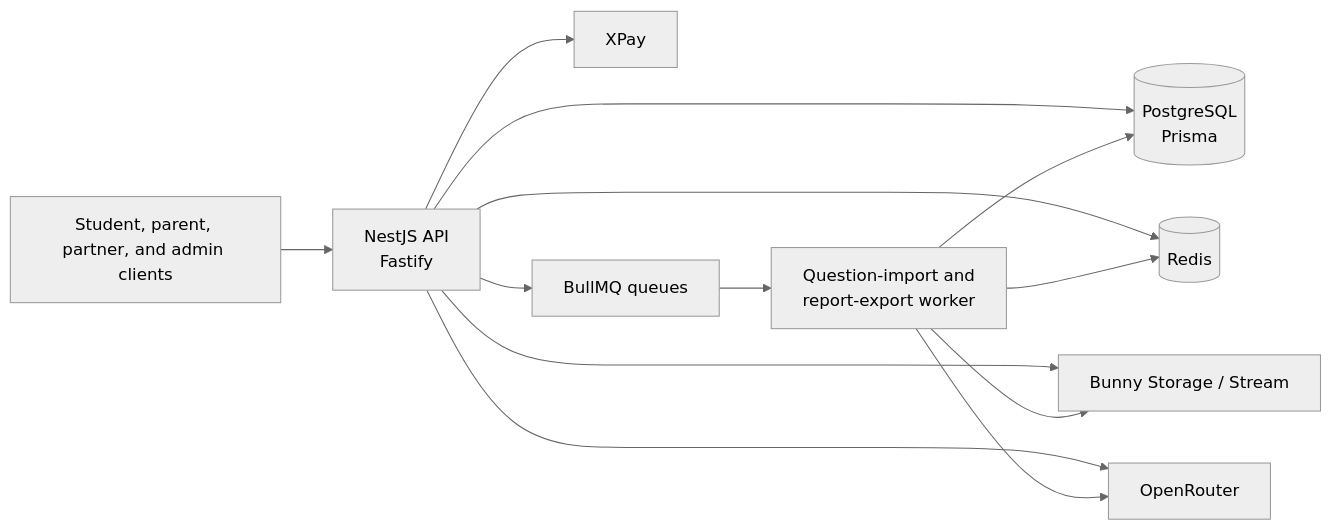
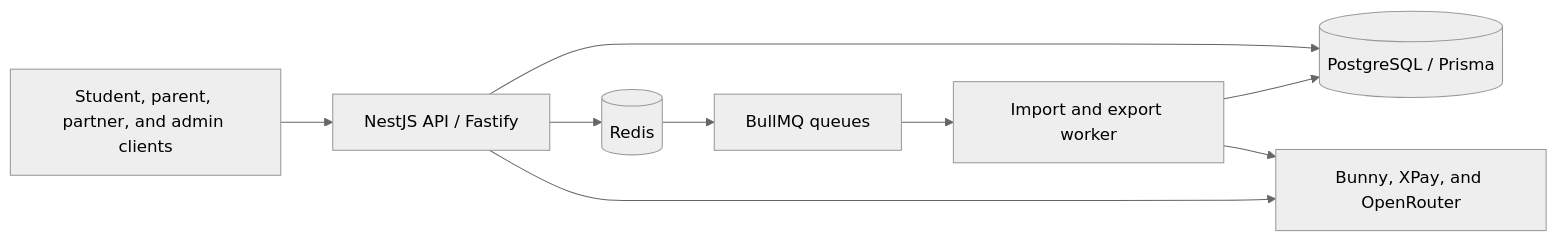
Before and after one commit to Mahmoud-s-Khedr/Shaheen-edu: the diagram in README.md, drawn with Mermaid (neutral theme). The commit also changed other lines of this file, not shown here.

Commit message:
refactor: update README to enhance clarity and reflect current API capabilities

````diff
--- a/README.md
+++ b/README.md
@@ -33,15 +34,11 @@
 ```mermaid
 flowchart LR
-  clients[Student, parent, partner, and admin clients] --> api[NestJS API\nFastify]
-  api --> postgres[(PostgreSQL\nPrisma)]
+  clients[Student, parent, partner, and admin clients] --> api[NestJS API / Fastify]
+  api --> postgres[(PostgreSQL / Prisma)]
   api --> redis[(Redis)]
-  api --> storage[Bunny Storage / Stream]
-  api --> payments[XPay]
-  api --> ai[OpenRouter]
-  api --> queues[BullMQ queues]
-  queues --> worker[Question-import and\nreport-export worker]
+  api --> providers[Bunny, XPay, and OpenRouter]
+  redis --> queues[BullMQ queues]
+  queues --> worker[Import and export worker]
   worker --> postgres
-  worker --> redis
-  worker --> storage
-  worker --> ai
+  worker --> providers
 ```
````
